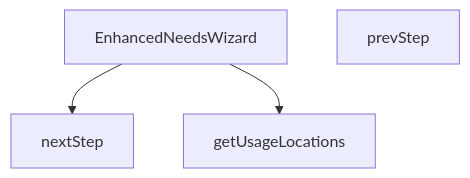
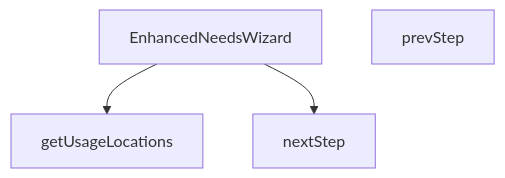
One commit to peckop/venthub-hvac-esite changed the diagram in src/components/category/EnhancedNeedsWizard.md. Above: the diagram before and after it, drawn with Mermaid. The commit also changed other lines of this file and 113 other files, not shown here.

````diff
--- a/src/components/category/EnhancedNeedsWizard.md
+++ b/src/components/category/EnhancedNeedsWizard.md
@@ -130,9 +163,9 @@
 ```mermaid
 graph TD
     EnhancedNeedsWizard_tsx__EnhancedNeedsWizard["EnhancedNeedsWizard"]
     EnhancedNeedsWizard_tsx__getUsageLocations["getUsageLocations"]
     EnhancedNeedsWizard_tsx__nextStep["nextStep"]
     EnhancedNeedsWizard_tsx__prevStep["prevStep"]
+    EnhancedNeedsWizard_tsx__EnhancedNeedsWizard --> EnhancedNeedsWizard_tsx__getUsageLocations
     EnhancedNeedsWizard_tsx__EnhancedNeedsWizard --> EnhancedNeedsWizard_tsx__nextStep
-    EnhancedNeedsWizard_tsx__EnhancedNeedsWizard --> EnhancedNeedsWizard_tsx__getUsageLocations
 ```
````
